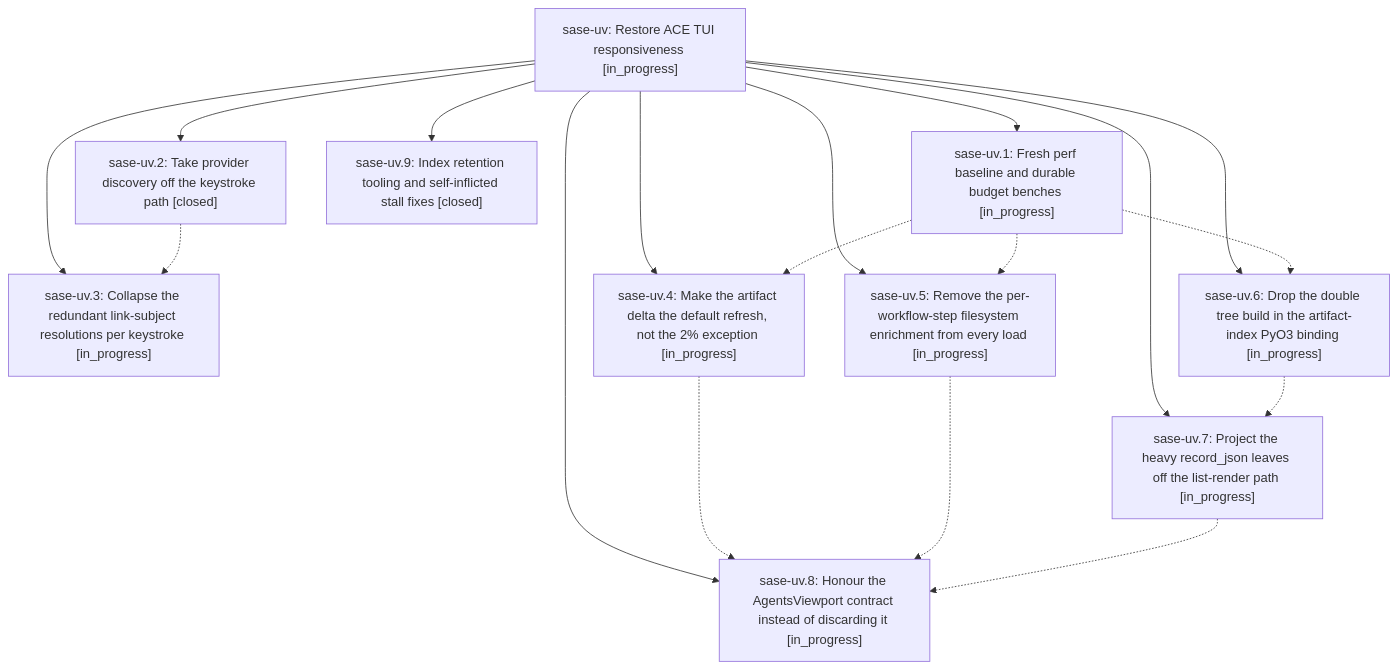
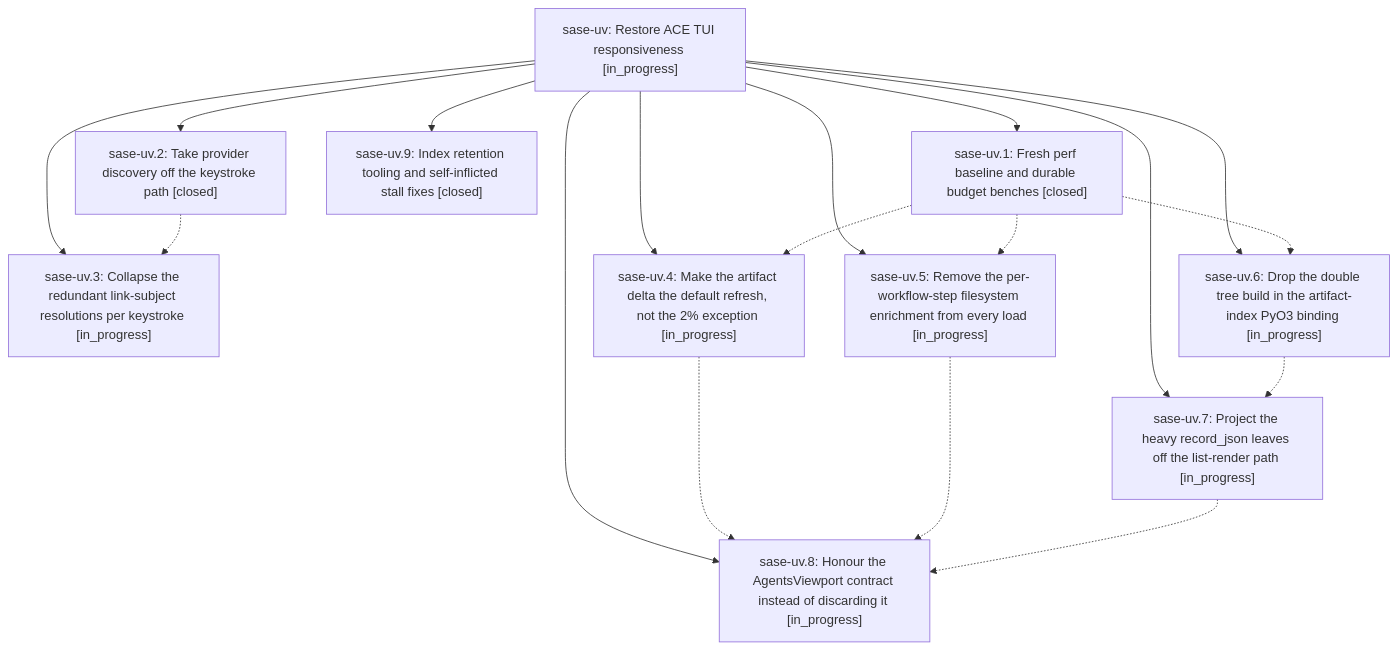
The diagram in pages/sase-uv/README.md (sase-org/sase--beads), drawn with Mermaid before and after one commit. The commit also changed other lines of this file and 4 other files, not shown here.

````diff
--- a/pages/sase-uv/README.md
+++ b/pages/sase-uv/README.md
@@ -42,30 +42,30 @@
 ```mermaid
 flowchart TD
     n0["sase-uv: Restore ACE TUI responsiveness [in_progress]"]
-    n1["sase-uv.1: Fresh perf baseline and durable budget benches [in_progress]"]
+    n1["sase-uv.1: Fresh perf baseline and durable budget benches [closed]"]
     n2["sase-uv.2: Take provider discovery off the keystroke path [closed]"]
     n3["sase-uv.3: Collapse the redundant link-subject resolutions per keystroke [in_progress]"]
     n4["sase-uv.4: Make the artifact delta the default refresh, not the 2% exception [in_progress]"]
     n5["sase-uv.5: Remove the per-workflow-step filesystem enrichment from every load [in_progress]"]
     n6["sase-uv.6: Drop the double tree build in the artifact-index PyO3 binding [in_progress]"]
     n7["sase-uv.7: Project the heavy record_json leaves off the list-render path [in_progress]"]
     n8["sase-uv.8: Honour the AgentsViewport contract instead of discarding it [in_progress]"]
     n9["sase-uv.9: Index retention tooling and self-inflicted stall fixes [closed]"]
     n0 --> n1
     n0 --> n2
     n0 --> n3
     n0 --> n4
     n0 --> n5
     n0 --> n6
     n0 --> n7
     n0 --> n8
     n0 --> n9
     n1 -.-> n4
     n1 -.-> n5
     n1 -.-> n6
     n2 -.-> n3
     n4 -.-> n8
     n5 -.-> n8
     n6 -.-> n7
     n7 -.-> n8
 ```
````
